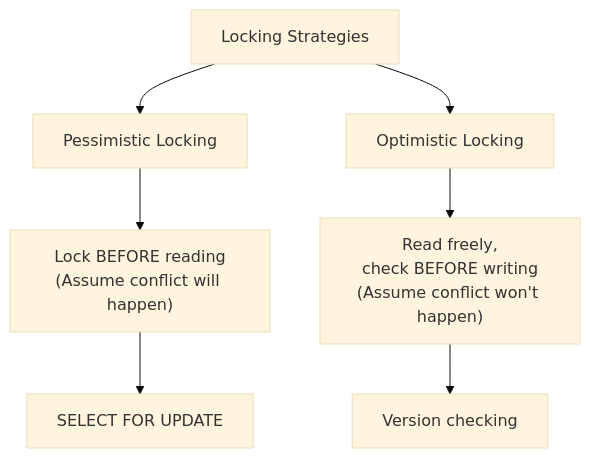
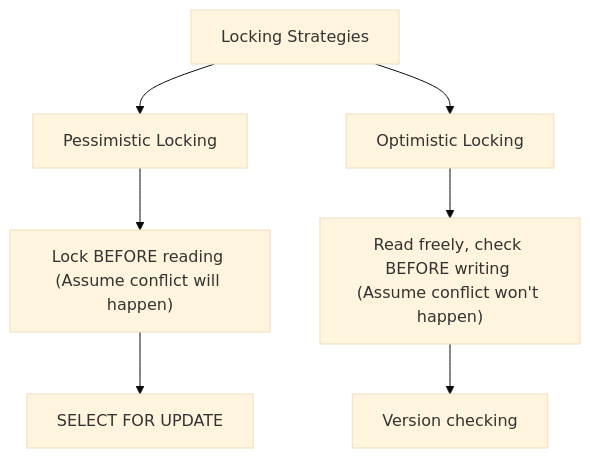
One commit to p1kmr/for-reading changed diagram 28 of 39 in Distributed_Concurrency_Control_Guide.md. Above: the diagram before and after it, drawn with Mermaid (base theme). The commit also changed other lines of this file and 2 other files, not shown here.

Commit message:
Fix Mermaid rendering issues in Databases and Message Queues guides by simplifying complex diagrams

````diff
--- a/Distributed_Concurrency_Control_Guide.md
+++ b/Distributed_Concurrency_Control_Guide.md
@@ -1628,11 +1628,11 @@
 ```mermaid
 graph TD
     A[Locking Strategies] --> B[Pessimistic Locking]
     A --> C[Optimistic Locking]
 
-    B --> D["Lock BEFORE reading<br/>(Assume conflict will happen)"]
-    C --> E["Read freely,<br/>check BEFORE writing<br/>(Assume conflict won't happen)"]
+    B --> D["Lock BEFORE reading (Assume conflict will happen)"]
+    C --> E["Read freely, check BEFORE writing (Assume conflict won't happen)"]
 
     D --> F[SELECT FOR UPDATE]
     E --> G[Version checking]
 ```
````
